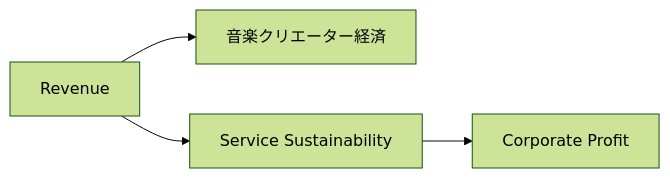
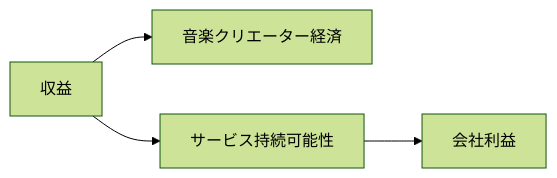
One commit to ShigeichiroYamasaki/creator-first-platform changed diagram 12 of 27 in docs/whitepaper/06-economics-mathjax.md. Above: the diagram before and after it, drawn with Mermaid (forest theme). The commit also changed other lines of this file and 72 other files, not shown here.

````diff
--- a/docs/whitepaper/06-economics-mathjax.md
+++ b/docs/whitepaper/06-economics-mathjax.md
@@ -671,7 +671,7 @@
 ```mermaid
 flowchart LR
-    REV[Revenue]
+    REV[収益]
     REV --> CREATOR[音楽クリエーター経済]
-    REV --> SERVICE[Service Sustainability]
-    SERVICE --> PROFIT[Corporate Profit]
+    REV --> SERVICE[サービス持続可能性]
+    SERVICE --> PROFIT[会社利益]
 ```
````
